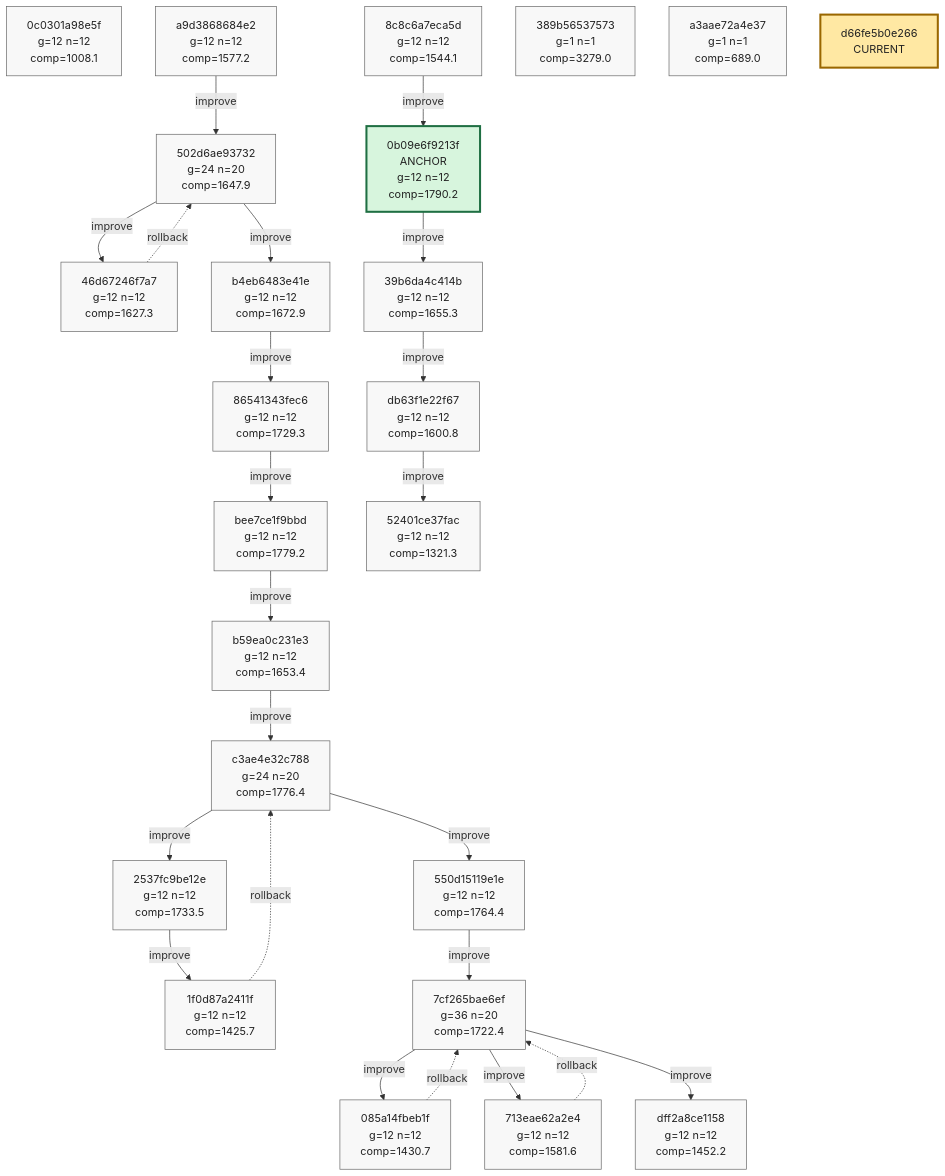
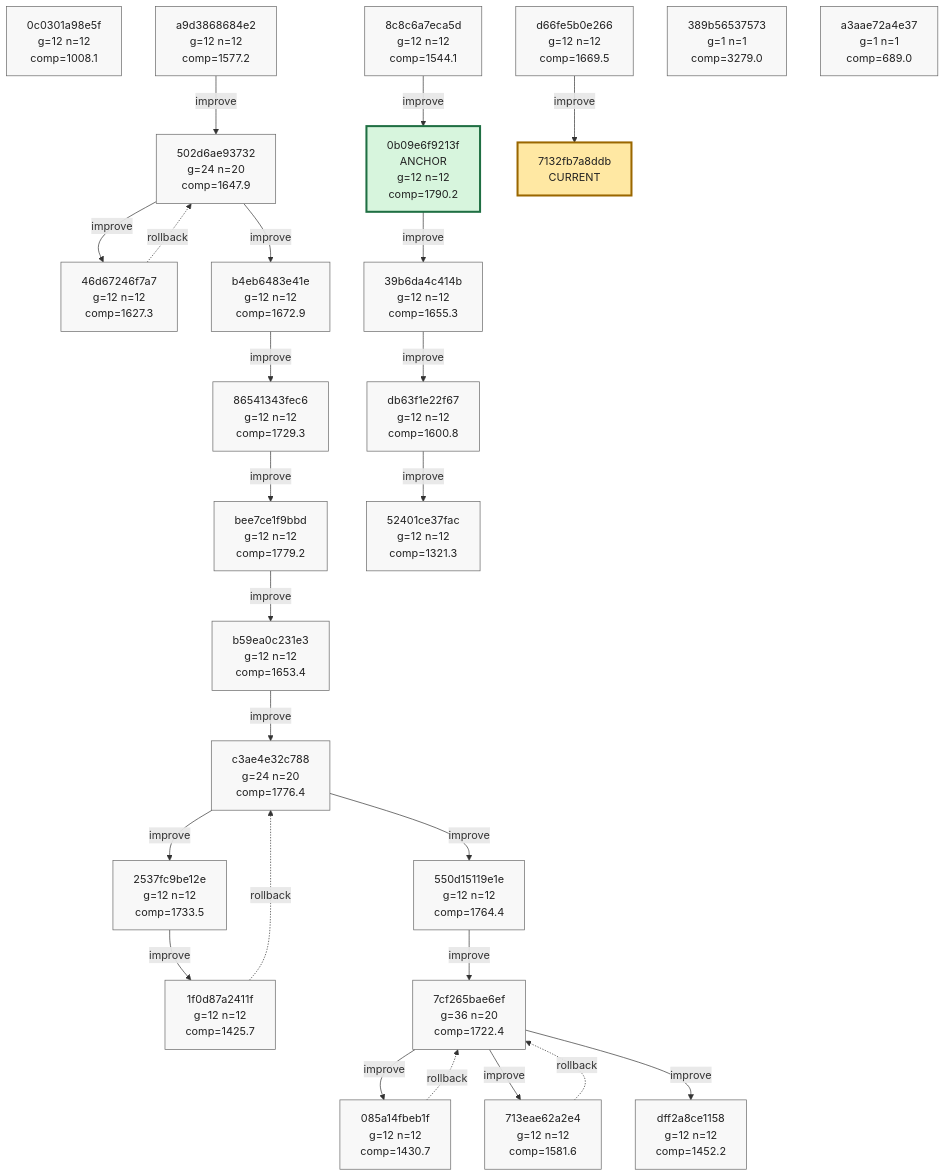
Before and after one commit to azumag/soviet_now: the tenth of 10 diagrams in phyrogenetic-tree.md, drawn with Mermaid. The commit also changed other lines of this file and 2 other files, not shown here.

Commit message:
eloop Improve after 12 games (scores: 2118 1183 1864 1064 1552 1971 1323 3220 1966 2421 1839 1378)

````diff
--- a/phyrogenetic-tree.md
+++ b/phyrogenetic-tree.md
@@ -2559,9 +2560,10 @@
     h_39b6da4c414b["39b6da4c414b<br/>g=12 n=12<br/>comp=1655.3"]
     h_db63f1e22f67["db63f1e22f67<br/>g=12 n=12<br/>comp=1600.8"]
     h_52401ce37fac["52401ce37fac<br/>g=12 n=12<br/>comp=1321.3"]
+    h_d66fe5b0e266["d66fe5b0e266<br/>g=12 n=12<br/>comp=1669.5"]
     h_389b56537573["389b56537573<br/>g=1 n=1<br/>comp=3279.0"]
     h_a3aae72a4e37["a3aae72a4e37<br/>g=1 n=1<br/>comp=689.0"]
-    h_d66fe5b0e266["d66fe5b0e266<br/>CURRENT"]
+    h_7132fb7a8ddb["7132fb7a8ddb<br/>CURRENT"]
 
     h_a9d3868684e2 -->|improve| h_502d6ae93732
     h_502d6ae93732 -->|improve| h_46d67246f7a7
@@ -2585,6 +2587,7 @@
     h_0b09e6f9213f -->|improve| h_39b6da4c414b
     h_39b6da4c414b -->|improve| h_db63f1e22f67
     h_db63f1e22f67 -->|improve| h_52401ce37fac
+    h_d66fe5b0e266 -->|improve| h_7132fb7a8ddb
 
     classDef plain fill:#f8f8f8,stroke:#666,stroke-width:1px,color:#222;
     classDef current fill:#ffe8a3,stroke:#9a6700,stroke-width:3px,color:#222;
@@ -2612,7 +2615,8 @@
     class h_39b6da4c414b plain;
     class h_db63f1e22f67 plain;
     class h_52401ce37fac plain;
+    class h_d66fe5b0e266 plain;
     class h_389b56537573 plain;
     class h_a3aae72a4e37 plain;
-    class h_d66fe5b0e266 current;
+    class h_7132fb7a8ddb current;
 ```
````
